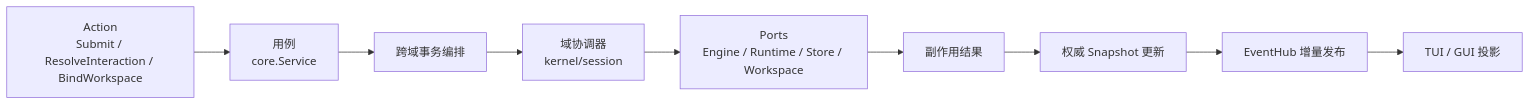
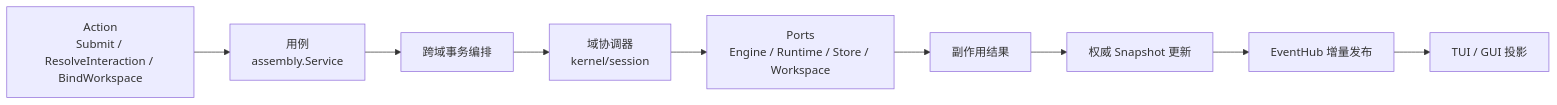
One commit to RedHuang-0622/seelex changed the fourth of 5 diagrams in application/README.md. Above: the diagram before and after it, drawn with Mermaid. The commit also changed other lines of this file and 941 other files, not shown here.

````diff
--- a/application/README.md
+++ b/application/README.md
@@ -925,11 +928,11 @@
 ```mermaid
 flowchart LR
-    ACTION["Action<br/>Submit / ResolveInteraction / BindWorkspace"] --> USE["用例<br/>core.Service"]
+    ACTION["Action<br/>Submit / ResolveInteraction / BindWorkspace"] --> USE["用例<br/>assembly.Service"]
     USE --> TX["跨域事务编排"]
     TX --> DOM["域协调器<br/>kernel/session"]
     DOM --> PORT["Ports<br/>Engine / Runtime / Store / Workspace"]
     PORT --> RESULT["副作用结果"]
     RESULT --> SNAP["权威 Snapshot 更新"]
     SNAP --> EV["EventHub 增量发布"]
     EV --> PROJ["TUI / GUI 投影"]
 ```
````
